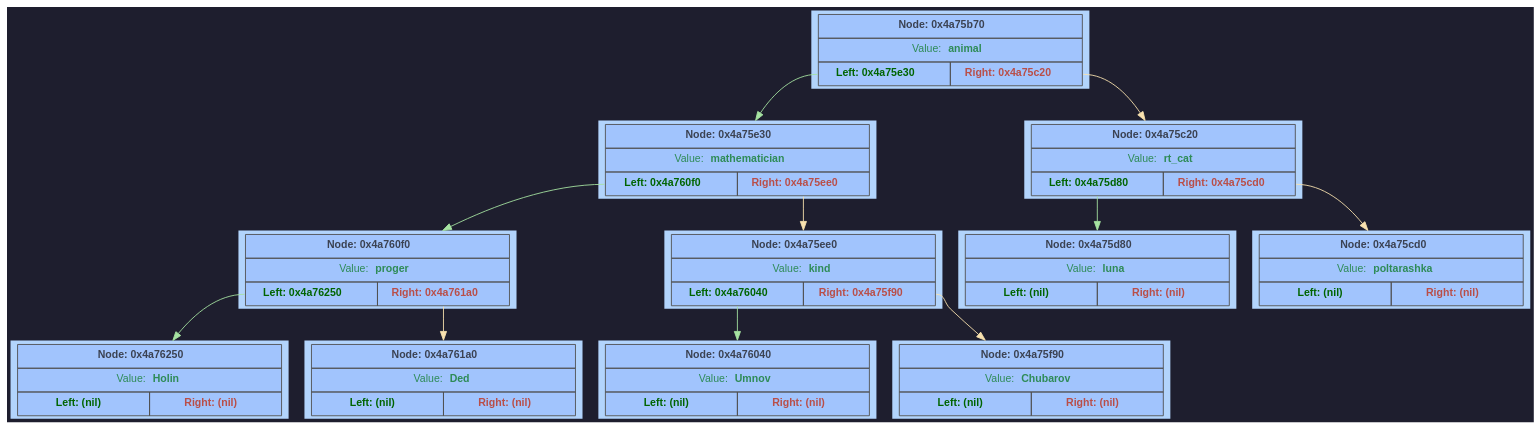
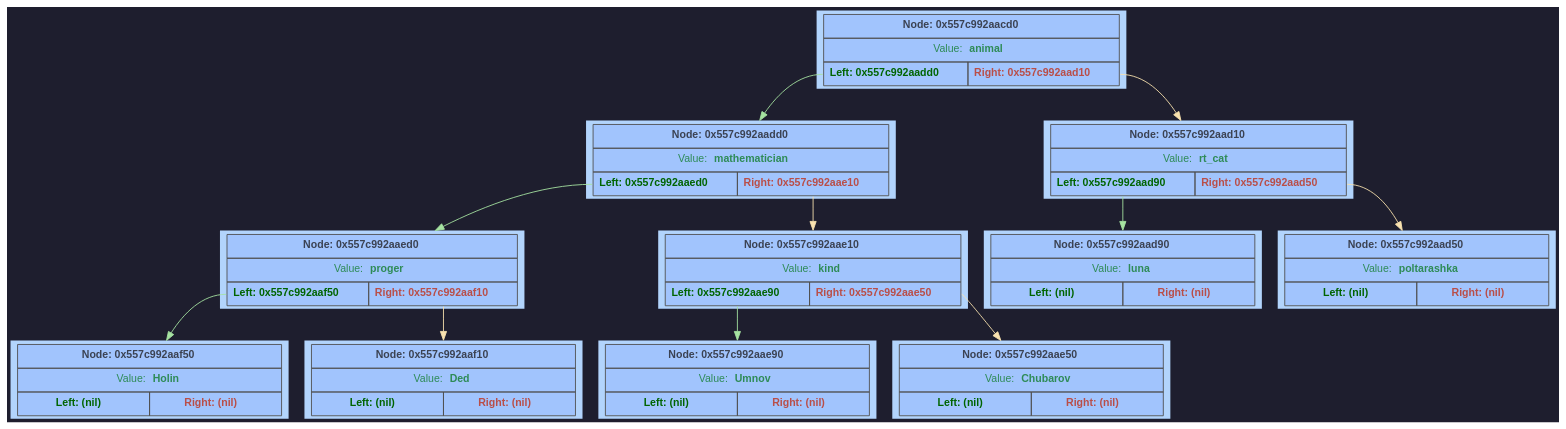
Before and after one commit to F1merhub/Akinator: the diagram in GraphDump/dump.dot, drawn with Graphviz. The commit also changed other lines of this file and 17 other files, not shown here.

```diff
--- a/GraphDump/dump.dot
+++ b/GraphDump/dump.dot
@@ -1,114 +1,114 @@
 digraph G {
 	rankdir = TB;
 	bgcolor="#1e1e2e";
 	node [shape=rectangle, style=filled, fontname=Helvetica, fontsize=12, fillcolor="#89b4fa", color="#cba6f7", fontcolor="#1e1e2e"];
-	node0x4a75b70 [shape=plaintext; style=filled; color="#fcf0d2"; fillcolor="#b2d4fc"; label = <
+	node0x557c992aacd0 [shape=plaintext; style=filled; color="#fcf0d2"; fillcolor="#b2d4fc"; label = <
 		         <table BORDER="0" CELLBORDER="1" CELLSPACING="0" CELLPADDING="6" BGCOLOR="#a1c4fd" COLOR="#4f4f4f">
-			           <tr><td align='center' colspan='2'><FONT COLOR='#3b4252'><b>Node: 0x4a75b70</b></FONT></td></tr>
+			           <tr><td align='center' colspan='2'><FONT COLOR='#3b4252'><b>Node: 0x557c992aacd0</b></FONT></td></tr>
 			           <tr><td align='center' colspan='2'><FONT COLOR='#2e8b57'>Value: <b>animal</b></FONT></td></tr>
 			           <tr>
-			               <td WIDTH='150' PORT='left'  align='center'><FONT COLOR='#006400'><b>Left: 0x4a75e30</b></FONT></td>
-			               <td WIDTH='150' PORT='right' align='center'><FONT COLOR='#b94e48'><b>Right: 0x4a75c20</b></FONT></td>
+			               <td WIDTH='150' PORT='left'  align='center'><FONT COLOR='#006400'><b>Left: 0x557c992aadd0</b></FONT></td>
+			               <td WIDTH='150' PORT='right' align='center'><FONT COLOR='#b94e48'><b>Right: 0x557c992aad10</b></FONT></td>
 			           </tr>
 		         </table> >];
-	node0x4a75e30 [shape=plaintext; style=filled; color="#fcf0d2"; fillcolor="#b2d4fc"; label = <
+	node0x557c992aadd0 [shape=plaintext; style=filled; color="#fcf0d2"; fillcolor="#b2d4fc"; label = <
 		         <table BORDER="0" CELLBORDER="1" CELLSPACING="0" CELLPADDING="6" BGCOLOR="#a1c4fd" COLOR="#4f4f4f">
-			           <tr><td align='center' colspan='2'><FONT COLOR='#3b4252'><b>Node: 0x4a75e30</b></FONT></td></tr>
+			           <tr><td align='center' colspan='2'><FONT COLOR='#3b4252'><b>Node: 0x557c992aadd0</b></FONT></td></tr>
 			           <tr><td align='center' colspan='2'><FONT COLOR='#2e8b57'>Value: <b>mathematician</b></FONT></td></tr>
 			           <tr>
-			               <td WIDTH='150' PORT='left'  align='center'><FONT COLOR='#006400'><b>Left: 0x4a760f0</b></FONT></td>
-			               <td WIDTH='150' PORT='right' align='center'><FONT COLOR='#b94e48'><b>Right: 0x4a75ee0</b></FONT></td>
+			               <td WIDTH='150' PORT='left'  align='center'><FONT COLOR='#006400'><b>Left: 0x557c992aaed0</b></FONT></td>
+			               <td WIDTH='150' PORT='right' align='center'><FONT COLOR='#b94e48'><b>Right: 0x557c992aae10</b></FONT></td>
 			           </tr>
 		         </table> >];
-	node0x4a760f0 [shape=plaintext; style=filled; color="#fcf0d2"; fillcolor="#b2d4fc"; label = <
+	node0x557c992aaed0 [shape=plaintext; style=filled; color="#fcf0d2"; fillcolor="#b2d4fc"; label = <
 		         <table BORDER="0" CELLBORDER="1" CELLSPACING="0" CELLPADDING="6" BGCOLOR="#a1c4fd" COLOR="#4f4f4f">
-			           <tr><td align='center' colspan='2'><FONT COLOR='#3b4252'><b>Node: 0x4a760f0</b></FONT></td></tr>
+			           <tr><td align='center' colspan='2'><FONT COLOR='#3b4252'><b>Node: 0x557c992aaed0</b></FONT></td></tr>
 			           <tr><td align='center' colspan='2'><FONT COLOR='#2e8b57'>Value: <b>proger</b></FONT></td></tr>
 			           <tr>
-			               <td WIDTH='150' PORT='left'  align='center'><FONT COLOR='#006400'><b>Left: 0x4a76250</b></FONT></td>
-			               <td WIDTH='150' PORT='right' align='center'><FONT COLOR='#b94e48'><b>Right: 0x4a761a0</b></FONT></td>
+			               <td WIDTH='150' PORT='left'  align='center'><FONT COLOR='#006400'><b>Left: 0x557c992aaf50</b></FONT></td>
+			               <td WIDTH='150' PORT='right' align='center'><FONT COLOR='#b94e48'><b>Right: 0x557c992aaf10</b></FONT></td>
 			           </tr>
 		         </table> >];
-	node0x4a76250 [shape=plaintext; style=filled; color="#fcf0d2"; fillcolor="#b2d4fc"; label = <
+	node0x557c992aaf50 [shape=plaintext; style=filled; color="#fcf0d2"; fillcolor="#b2d4fc"; label = <
 		         <table BORDER="0" CELLBORDER="1" CELLSPACING="0" CELLPADDING="6" BGCOLOR="#a1c4fd" COLOR="#4f4f4f">
-			           <tr><td align='center' colspan='2'><FONT COLOR='#3b4252'><b>Node: 0x4a76250</b></FONT></td></tr>
+			           <tr><td align='center' colspan='2'><FONT COLOR='#3b4252'><b>Node: 0x557c992aaf50</b></FONT></td></tr>
 			           <tr><td align='center' colspan='2'><FONT COLOR='#2e8b57'>Value: <b>Holin</b></FONT></td></tr>
 			           <tr>
 			               <td WIDTH='150' PORT='left'  align='center'><FONT COLOR='#006400'><b>Left: (nil)</b></FONT></td>
 			               <td WIDTH='150' PORT='right' align='center'><FONT COLOR='#b94e48'><b>Right: (nil)</b></FONT></td>
 			           </tr>
 		         </table> >];
-	node0x4a760f0:left -> node0x4a76250 [color="#a6e3a1"]
-	node0x4a761a0 [shape=plaintext; style=filled; color="#fcf0d2"; fillcolor="#b2d4fc"; label = <
+	node0x557c992aaed0:left -> node0x557c992aaf50 [color="#a6e3a1"]
+	node0x557c992aaf10 [shape=plaintext; style=filled; color="#fcf0d2"; fillcolor="#b2d4fc"; label = <
 		         <table BORDER="0" CELLBORDER="1" CELLSPACING="0" CELLPADDING="6" BGCOLOR="#a1c4fd" COLOR="#4f4f4f">
-			           <tr><td align='center' colspan='2'><FONT COLOR='#3b4252'><b>Node: 0x4a761a0</b></FONT></td></tr>
+			           <tr><td align='center' colspan='2'><FONT COLOR='#3b4252'><b>Node: 0x557c992aaf10</b></FONT></td></tr>
 			           <tr><td align='center' colspan='2'><FONT COLOR='#2e8b57'>Value: <b>Ded</b></FONT></td></tr>
 			           <tr>
 			               <td WIDTH='150' PORT='left'  align='center'><FONT COLOR='#006400'><b>Left: (nil)</b></FONT></td>
 			               <td WIDTH='150' PORT='right' align='center'><FONT COLOR='#b94e48'><b>Right: (nil)</b></FONT></td>
 			           </tr>
 		         </table> >];
-	node0x4a760f0:right -> node0x4a761a0 [color="#f9e2af"]
-	node0x4a75e30:left -> node0x4a760f0 [color="#a6e3a1"]
-	node0x4a75ee0 [shape=plaintext; style=filled; color="#fcf0d2"; fillcolor="#b2d4fc"; label = <
+	node0x557c992aaed0:right -> node0x557c992aaf10 [color="#f9e2af"]
+	node0x557c992aadd0:left -> node0x557c992aaed0 [color="#a6e3a1"]
+	node0x557c992aae10 [shape=plaintext; style=filled; color="#fcf0d2"; fillcolor="#b2d4fc"; label = <
 		         <table BORDER="0" CELLBORDER="1" CELLSPACING="0" CELLPADDING="6" BGCOLOR="#a1c4fd" COLOR="#4f4f4f">
-			           <tr><td align='center' colspan='2'><FONT COLOR='#3b4252'><b>Node: 0x4a75ee0</b></FONT></td></tr>
+			           <tr><td align='center' colspan='2'><FONT COLOR='#3b4252'><b>Node: 0x557c992aae10</b></FONT></td></tr>
 			           <tr><td align='center' colspan='2'><FONT COLOR='#2e8b57'>Value: <b>kind</b></FONT></td></tr>
 			           <tr>
-			               <td WIDTH='150' PORT='left'  align='center'><FONT COLOR='#006400'><b>Left: 0x4a76040</b></FONT></td>
-			               <td WIDTH='150' PORT='right' align='center'><FONT COLOR='#b94e48'><b>Right: 0x4a75f90</b></FONT></td>
+			               <td WIDTH='150' PORT='left'  align='center'><FONT COLOR='#006400'><b>Left: 0x557c992aae90</b></FONT></td>
+			               <td WIDTH='150' PORT='right' align='center'><FONT COLOR='#b94e48'><b>Right: 0x557c992aae50</b></FONT></td>
 			           </tr>
 		         </table> >];
-	node0x4a76040 [shape=plaintext; style=filled; color="#fcf0d2"; fillcolor="#b2d4fc"; label = <
+	node0x557c992aae90 [shape=plaintext; style=filled; color="#fcf0d2"; fillcolor="#b2d4fc"; label = <
 		         <table BORDER="0" CELLBORDER="1" CELLSPACING="0" CELLPADDING="6" BGCOLOR="#a1c4fd" COLOR="#4f4f4f">
-			           <tr><td align='center' colspan='2'><FONT COLOR='#3b4252'><b>Node: 0x4a76040</b></FONT></td></tr>
+			           <tr><td align='center' colspan='2'><FONT COLOR='#3b4252'><b>Node: 0x557c992aae90</b></FONT></td></tr>
 			           <tr><td align='center' colspan='2'><FONT COLOR='#2e8b57'>Value: <b>Umnov</b></FONT></td></tr>
 			           <tr>
 			               <td WIDTH='150' PORT='left'  align='center'><FONT COLOR='#006400'><b>Left: (nil)</b></FONT></td>
 			               <td WIDTH='150' PORT='right' align='center'><FONT COLOR='#b94e48'><b>Right: (nil)</b></FONT></td>
 			           </tr>
 		         </table> >];
-	node0x4a75ee0:left -> node0x4a76040 [color="#a6e3a1"]
-	node0x4a75f90 [shape=plaintext; style=filled; color="#fcf0d2"; fillcolor="#b2d4fc"; label = <
+	node0x557c992aae10:left -> node0x557c992aae90 [color="#a6e3a1"]
+	node0x557c992aae50 [shape=plaintext; style=filled; color="#fcf0d2"; fillcolor="#b2d4fc"; label = <
 		         <table BORDER="0" CELLBORDER="1" CELLSPACING="0" CELLPADDING="6" BGCOLOR="#a1c4fd" COLOR="#4f4f4f">
-			           <tr><td align='center' colspan='2'><FONT COLOR='#3b4252'><b>Node: 0x4a75f90</b></FONT></td></tr>
+			           <tr><td align='center' colspan='2'><FONT COLOR='#3b4252'><b>Node: 0x557c992aae50</b></FONT></td></tr>
 			           <tr><td align='center' colspan='2'><FONT COLOR='#2e8b57'>Value: <b>Chubarov</b></FONT></td></tr>
 			           <tr>
 			               <td WIDTH='150' PORT='left'  align='center'><FONT COLOR='#006400'><b>Left: (nil)</b></FONT></td>
 			               <td WIDTH='150' PORT='right' align='center'><FONT COLOR='#b94e48'><b>Right: (nil)</b></FONT></td>
 			           </tr>
 		         </table> >];
-	node0x4a75ee0:right -> node0x4a75f90 [color="#f9e2af"]
-	node0x4a75e30:right -> node0x4a75ee0 [color="#f9e2af"]
-	node0x4a75b70:left -> node0x4a75e30 [color="#a6e3a1"]
-	node0x4a75c20 [shape=plaintext; style=filled; color="#fcf0d2"; fillcolor="#b2d4fc"; label = <
+	node0x557c992aae10:right -> node0x557c992aae50 [color="#f9e2af"]
+	node0x557c992aadd0:right -> node0x557c992aae10 [color="#f9e2af"]
+	node0x557c992aacd0:left -> node0x557c992aadd0 [color="#a6e3a1"]
+	node0x557c992aad10 [shape=plaintext; style=filled; color="#fcf0d2"; fillcolor="#b2d4fc"; label = <
 		         <table BORDER="0" CELLBORDER="1" CELLSPACING="0" CELLPADDING="6" BGCOLOR="#a1c4fd" COLOR="#4f4f4f">
-			           <tr><td align='center' colspan='2'><FONT COLOR='#3b4252'><b>Node: 0x4a75c20</b></FONT></td></tr>
+			           <tr><td align='center' colspan='2'><FONT COLOR='#3b4252'><b>Node: 0x557c992aad10</b></FONT></td></tr>
 			           <tr><td align='center' colspan='2'><FONT COLOR='#2e8b57'>Value: <b>rt_cat</b></FONT></td></tr>
 			           <tr>
-			               <td WIDTH='150' PORT='left'  align='center'><FONT COLOR='#006400'><b>Left: 0x4a75d80</b></FONT></td>
-			               <td WIDTH='150' PORT='right' align='center'><FONT COLOR='#b94e48'><b>Right: 0x4a75cd0</b></FONT></td>
+			               <td WIDTH='150' PORT='left'  align='center'><FONT COLOR='#006400'><b>Left: 0x557c992aad90</b></FONT></td>
+			               <td WIDTH='150' PORT='right' align='center'><FONT COLOR='#b94e48'><b>Right: 0x557c992aad50</b></FONT></td>
 			           </tr>
 		         </table> >];
-	node0x4a75d80 [shape=plaintext; style=filled; color="#fcf0d2"; fillcolor="#b2d4fc"; label = <
+	node0x557c992aad90 [shape=plaintext; style=filled; color="#fcf0d2"; fillcolor="#b2d4fc"; label = <
 		         <table BORDER="0" CELLBORDER="1" CELLSPACING="0" CELLPADDING="6" BGCOLOR="#a1c4fd" COLOR="#4f4f4f">
-			           <tr><td align='center' colspan='2'><FONT COLOR='#3b4252'><b>Node: 0x4a75d80</b></FONT></td></tr>
+			           <tr><td align='center' colspan='2'><FONT COLOR='#3b4252'><b>Node: 0x557c992aad90</b></FONT></td></tr>
 			           <tr><td align='center' colspan='2'><FONT COLOR='#2e8b57'>Value: <b>luna</b></FONT></td></tr>
 			           <tr>
 			               <td WIDTH='150' PORT='left'  align='center'><FONT COLOR='#006400'><b>Left: (nil)</b></FONT></td>
 			               <td WIDTH='150' PORT='right' align='center'><FONT COLOR='#b94e48'><b>Right: (nil)</b></FONT></td>
 			           </tr>
 		         </table> >];
-	node0x4a75c20:left -> node0x4a75d80 [color="#a6e3a1"]
-	node0x4a75cd0 [shape=plaintext; style=filled; color="#fcf0d2"; fillcolor="#b2d4fc"; label = <
+	node0x557c992aad10:left -> node0x557c992aad90 [color="#a6e3a1"]
+	node0x557c992aad50 [shape=plaintext; style=filled; color="#fcf0d2"; fillcolor="#b2d4fc"; label = <
 		         <table BORDER="0" CELLBORDER="1" CELLSPACING="0" CELLPADDING="6" BGCOLOR="#a1c4fd" COLOR="#4f4f4f">
-			           <tr><td align='center' colspan='2'><FONT COLOR='#3b4252'><b>Node: 0x4a75cd0</b></FONT></td></tr>
+			           <tr><td align='center' colspan='2'><FONT COLOR='#3b4252'><b>Node: 0x557c992aad50</b></FONT></td></tr>
 			           <tr><td align='center' colspan='2'><FONT COLOR='#2e8b57'>Value: <b>poltarashka</b></FONT></td></tr>
 			           <tr>
 			               <td WIDTH='150' PORT='left'  align='center'><FONT COLOR='#006400'><b>Left: (nil)</b></FONT></td>
 			               <td WIDTH='150' PORT='right' align='center'><FONT COLOR='#b94e48'><b>Right: (nil)</b></FONT></td>
 			           </tr>
 		         </table> >];
-	node0x4a75c20:right -> node0x4a75cd0 [color="#f9e2af"]
-	node0x4a75b70:right -> node0x4a75c20 [color="#f9e2af"]
+	node0x557c992aad10:right -> node0x557c992aad50 [color="#f9e2af"]
+	node0x557c992aacd0:right -> node0x557c992aad10 [color="#f9e2af"]
 }
```
